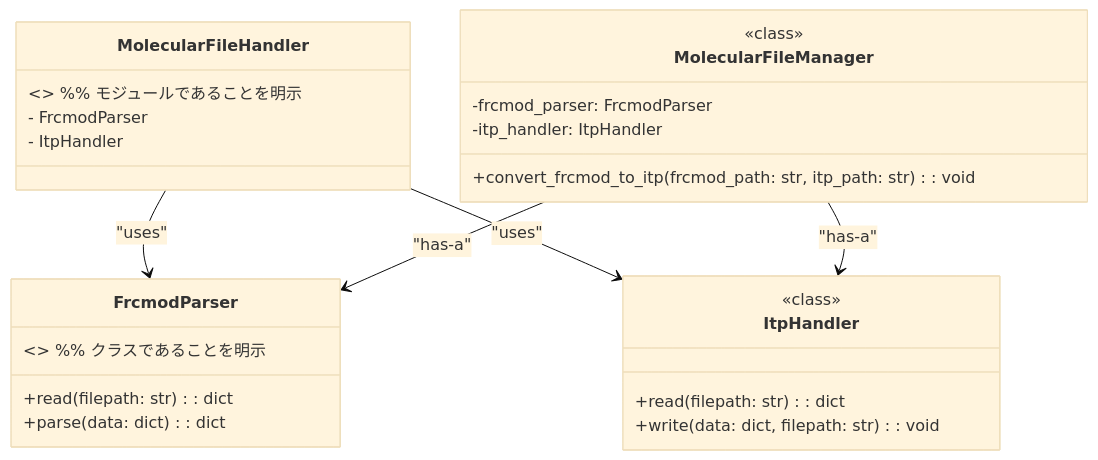
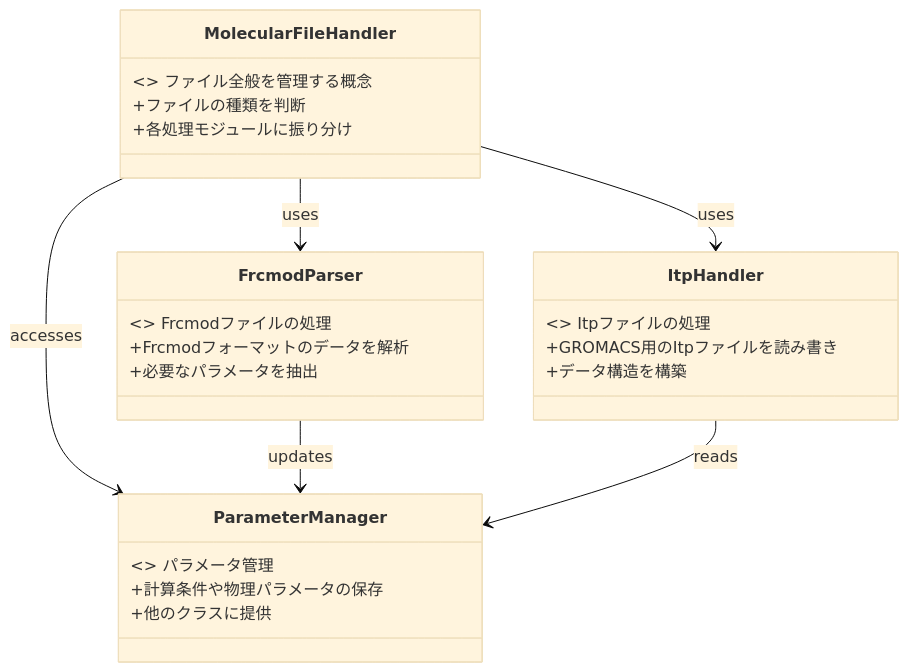
Before and after one commit to ryk-spec/temporary: the diagram in README.md, drawn with Mermaid (base theme). The commit also changed other lines of this file, not shown here.

````diff
--- a/README.md
+++ b/README.md
@@ -3,37 +1,31 @@
 ```mermaid
 classDiagram
-    %% モジュールの表現（1つの大きな枠で囲む）
+    %% 概念クラス図の要素
     class MolecularFileHandler {
-        <<module>>  %% モジュールであることを明示
-        - FrcmodParser
-        - ItpHandler
+        <<Concept>> ファイル全般を管理する概念
+        +ファイルの種類を判断
+        +各処理モジュールに振り分け
+    }
+    class FrcmodParser {
+        <<Concept>> Frcmodファイルの処理
+        +Frcmodフォーマットのデータを解析
+        +必要なパラメータを抽出
+    }
+    class ItpHandler {
+        <<Concept>> Itpファイルの処理
+        +GROMACS用のItpファイルを読み書き
+        +データ構造を構築
+    }
+    class ParameterManager {
+        <<Concept>> パラメータ管理
+        +計算条件や物理パラメータの保存
+        +他のクラスに提供
     }
 
-    %% クラス1: FrcmodParser
-    class FrcmodParser {
-        <<class>>  %% クラスであることを明示
-        +read(filepath: str): dict
-        +parse(data: dict): dict
-    }
-
-    %% クラス2: ItpHandler
-    class ItpHandler {
-        <<class>>
-        +read(filepath: str): dict
-        +write(data: dict, filepath: str): void
-    }
-
-    %% メインクラス: MolecularFileManager
-    class MolecularFileManager {
-        <<class>>
-        +convert_frcmod_to_itp(frcmod_path: str, itp_path: str): void
-        -frcmod_parser: FrcmodParser
-        -itp_handler: ItpHandler
-    }
-
-    %% 関係性を表現する
-    MolecularFileHandler --> FrcmodParser : "uses"
-    MolecularFileHandler --> ItpHandler : "uses"
-    MolecularFileManager --> FrcmodParser : "has-a"
-    MolecularFileManager --> ItpHandler : "has-a"
+    %% クラス間の関係性を記述
+    MolecularFileHandler --> FrcmodParser : uses
+    MolecularFileHandler --> ItpHandler : uses
+    MolecularFileHandler --> ParameterManager : accesses
+    FrcmodParser --> ParameterManager : updates
+    ItpHandler --> ParameterManager : reads
 ```
````
